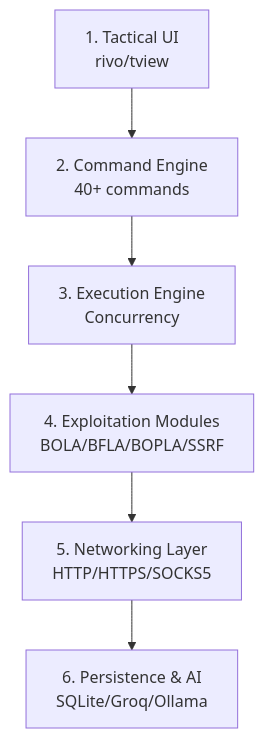
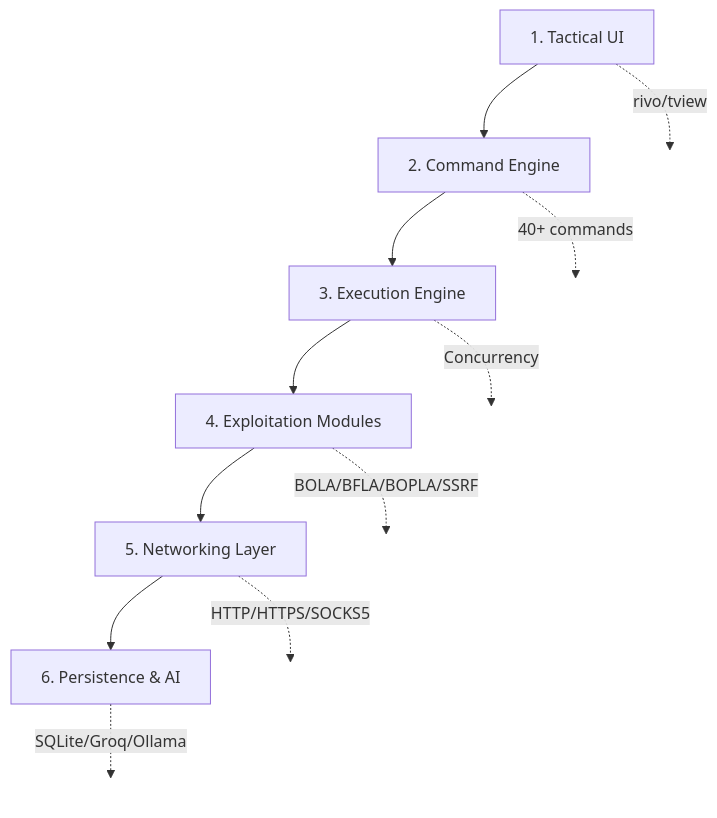
Before and after one commit to JoseMariaMicoli/VaporTrace: the first of 2 diagrams in README.md, drawn with Mermaid. The commit also changed other lines of this file, not shown here.

Commit message:
Fixed README mermaid

````diff
--- a/README.md
+++ b/README.md
@@ -244,8 +244,22 @@
 ```mermaid
 graph TD
-    A["1. Tactical UI<br/>rivo/tview"] --> B["2. Command Engine<br/>40+ commands"]
-    B --> C["3. Execution Engine<br/>Concurrency"]
-    C --> D["4. Exploitation Modules<br/>BOLA/BFLA/BOPLA/SSRF"]
-    D --> E["5. Networking Layer<br/>HTTP/HTTPS/SOCKS5"]
-    E --> F["6. Persistence & AI<br/>SQLite/Groq/Ollama"]
+    A["1. Tactical UI"] --> B["2. Command Engine"]
+    B --> C["3. Execution Engine"]
+    C --> D["4. Exploitation Modules"]
+    D --> E["5. Networking Layer"]
+    E --> F["6. Persistence & AI"]
+    
+    A -."rivo/tview".-> A2[" "]
+    B -."40+ commands".-> B2[" "]
+    C -."Concurrency".-> C2[" "]
+    D -."BOLA/BFLA/BOPLA/SSRF".-> D2[" "]
+    E -."HTTP/HTTPS/SOCKS5".-> E2[" "]
+    F -."SQLite/Groq/Ollama".-> F2[" "]
+    
+    style A2 fill:none,stroke:none
+    style B2 fill:none,stroke:none
+    style C2 fill:none,stroke:none
+    style D2 fill:none,stroke:none
+    style E2 fill:none,stroke:none
+    style F2 fill:none,stroke:none
 ```
````
